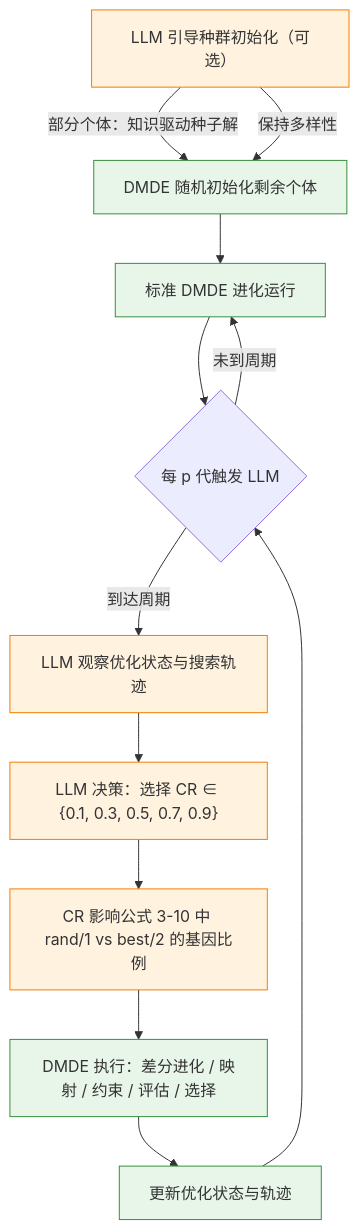
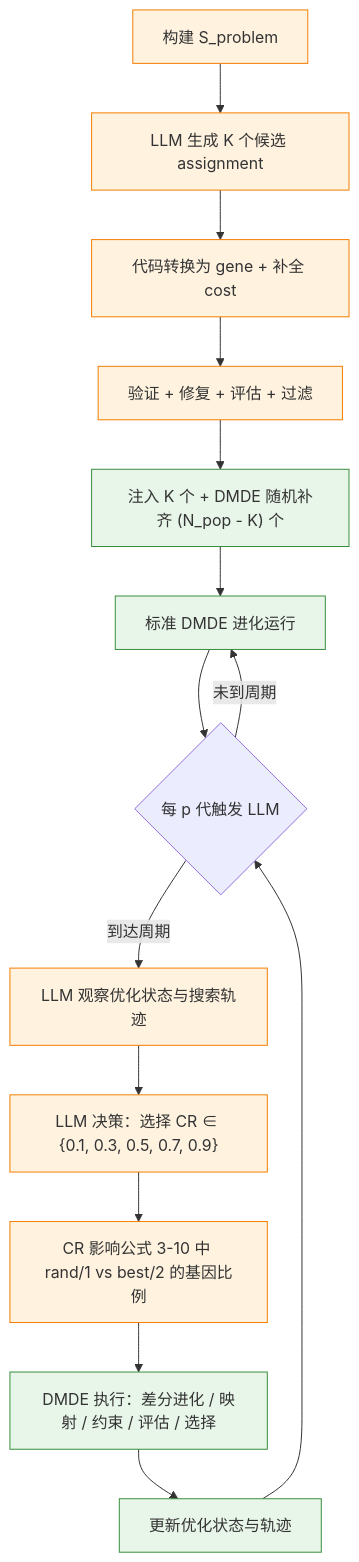
The first of 2 diagrams in README.md (909347194/Experiments-For-Dissertation), drawn with Mermaid before and after one commit. The commit also changed other lines of this file, not shown here.

Commit message:
docs: 更新 README 反映 LLM 种群初始化 v2 设计
- 框架流程图更新：S_problem → LLM 生成候选 assignment → 转换 → 注入
- 两层干预详解：新增 S_problem（Global Summary + Local Preference Structure）描述
- 模块依赖图：新增 assignment_converter 和 candidate_filter
- 目录结构：llm/modules/ 新增文件 + 描述更新
- LLM 与 DMDE 职责边界表更新

````diff
--- a/README.md
+++ b/README.md
@@ -65,23 +70,28 @@
 ```mermaid
 flowchart TD
-    A["LLM 引导种群初始化（可选）"] -->|部分个体：知识驱动种子解| B[DMDE 随机初始化剩余个体]
-    A -->|保持多样性| B
-    B --> C[标准 DMDE 进化运行]
-    C --> D{"每 p 代触发 LLM"}
-    D -->|未到周期| C
-    D -->|到达周期| E[LLM 观察优化状态与搜索轨迹]
-    E --> F["LLM 决策：选择 CR ∈ {0.1, 0.3, 0.5, 0.7, 0.9}"]
-    F --> G["CR 影响公式 3-10 中 rand/1 vs best/2 的基因比例"]
-    G --> H[DMDE 执行：差分进化 / 映射 / 约束 / 评估 / 选择]
-    H --> I[更新优化状态与轨迹]
-    I --> D
+    A["构建 S_problem"] --> B["LLM 生成 K 个候选 assignment"]
+    B --> C["代码转换为 gene + 补全 cost"]
+    C --> D["验证 + 修复 + 评估 + 过滤"]
+    D --> E["注入 K 个 + DMDE 随机补齐 (N_pop - K) 个"]
+    E --> F[标准 DMDE 进化运行]
+    F --> G{"每 p 代触发 LLM"}
+    G -->|未到周期| F
+    G -->|到达周期| H[LLM 观察优化状态与搜索轨迹]
+    H --> I["LLM 决策：选择 CR ∈ {0.1, 0.3, 0.5, 0.7, 0.9}"]
+    I --> J["CR 影响公式 3-10 中 rand/1 vs best/2 的基因比例"]
+    J --> K[DMDE 执行：差分进化 / 映射 / 约束 / 评估 / 选择]
+    K --> L[更新优化状态与轨迹]
+    L --> G
 
     style A fill:#fff3e0,stroke:#f57c00
-    style E fill:#fff3e0,stroke:#f57c00
-    style F fill:#fff3e0,stroke:#f57c00
-    style G fill:#fff3e0,stroke:#f57c00
-    style B fill:#e8f5e9,stroke:#388e3c
-    style C fill:#e8f5e9,stroke:#388e3c
-    style H fill:#e8f5e9,stroke:#388e3c
-    style I fill:#e8f5e9,stroke:#388e3c
+    style B fill:#fff3e0,stroke:#f57c00
+    style C fill:#fff3e0,stroke:#f57c00
+    style D fill:#fff3e0,stroke:#f57c00
+    style H fill:#fff3e0,stroke:#f57c00
+    style I fill:#fff3e0,stroke:#f57c00
+    style J fill:#fff3e0,stroke:#f57c00
+    style E fill:#e8f5e9,stroke:#388e3c
+    style F fill:#e8f5e9,stroke:#388e3c
+    style K fill:#e8f5e9,stroke:#388e3c
+    style L fill:#e8f5e9,stroke:#388e3c
 ```
````
